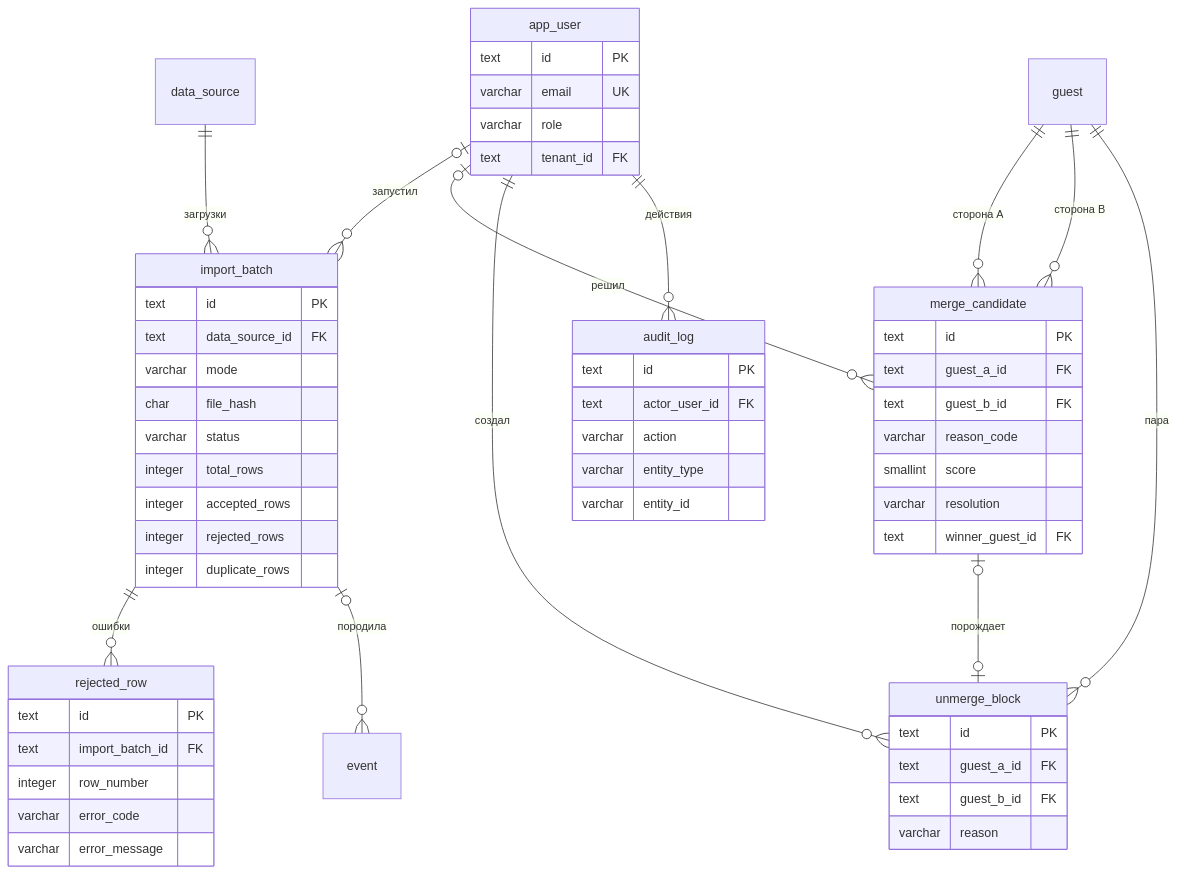
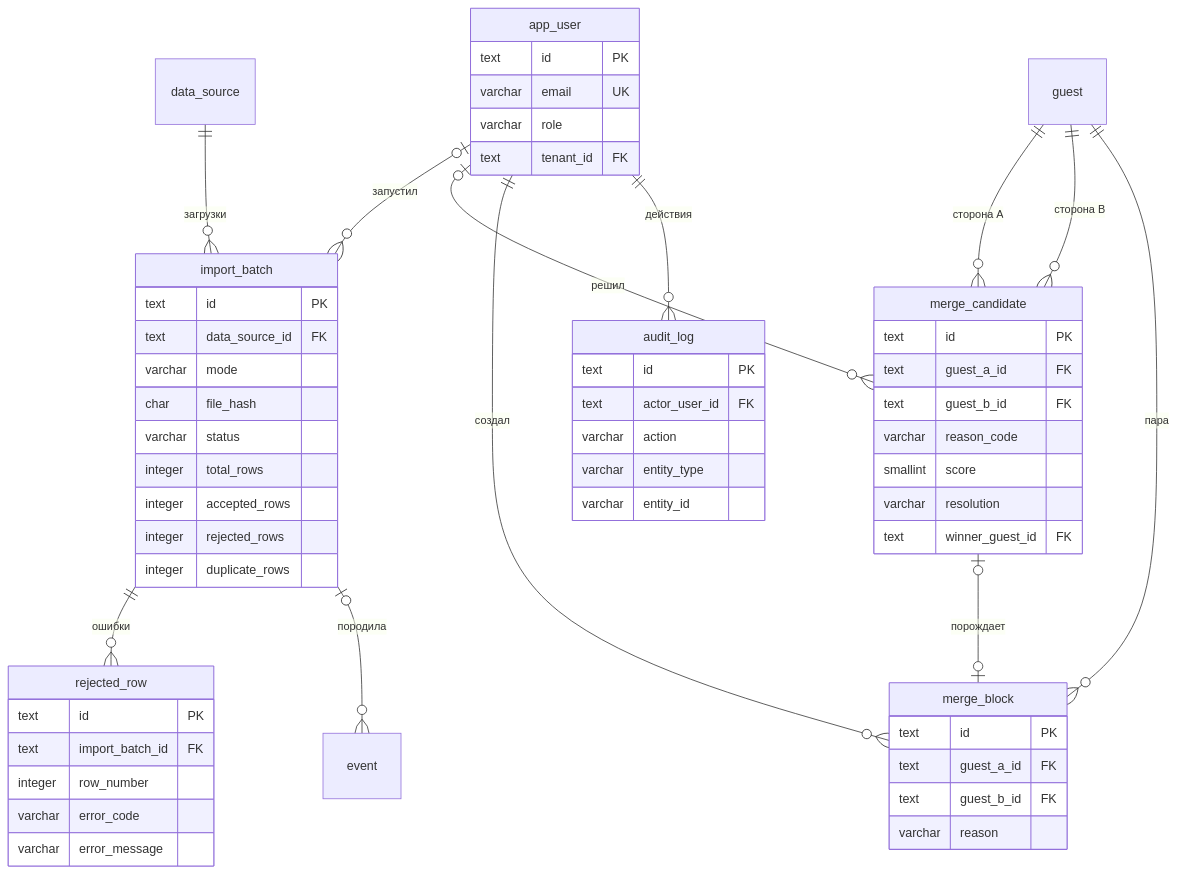
Before and after one commit to MangriMen/UCRP: the second of 4 diagrams in docs/design/05-er-data-model.md, drawn with Mermaid. The commit also changed other lines of this file and 154 other files, not shown here.

````diff
--- a/docs/design/05-er-data-model.md
+++ b/docs/design/05-er-data-model.md
@@ -121,61 +121,61 @@
 ```mermaid
 erDiagram
   data_source ||--o{ import_batch : "загрузки"
   import_batch ||--o{ rejected_row : "ошибки"
   import_batch |o--o{ event : "породила"
   app_user |o--o{ import_batch : "запустил"
   guest ||--o{ merge_candidate : "сторона A"
   guest ||--o{ merge_candidate : "сторона B"
-  merge_candidate |o--o| unmerge_block : "порождает"
+  merge_candidate |o--o| merge_block : "порождает"
   app_user |o--o{ merge_candidate : "решил"
-  app_user ||--o{ unmerge_block : "создал"
-  guest ||--o{ unmerge_block : "пара"
+  app_user ||--o{ merge_block : "создал"
+  guest ||--o{ merge_block : "пара"
   app_user ||--o{ audit_log : "действия"
 
   import_batch {
     text id PK
     text data_source_id FK
     varchar mode
     char file_hash
     varchar status
     integer total_rows
     integer accepted_rows
     integer rejected_rows
     integer duplicate_rows
   }
   rejected_row {
     text id PK
     text import_batch_id FK
     integer row_number
     varchar error_code
     varchar error_message
   }
   merge_candidate {
     text id PK
     text guest_a_id FK
     text guest_b_id FK
     varchar reason_code
     smallint score
     varchar resolution
     text winner_guest_id FK
   }
-  unmerge_block {
+  merge_block {
     text id PK
     text guest_a_id FK
     text guest_b_id FK
     varchar reason
   }
   audit_log {
     text id PK
     text actor_user_id FK
     varchar action
     varchar entity_type
     varchar entity_id
   }
   app_user {
     text id PK
     varchar email UK
     varchar role
     text tenant_id FK
   }
 ```
````
